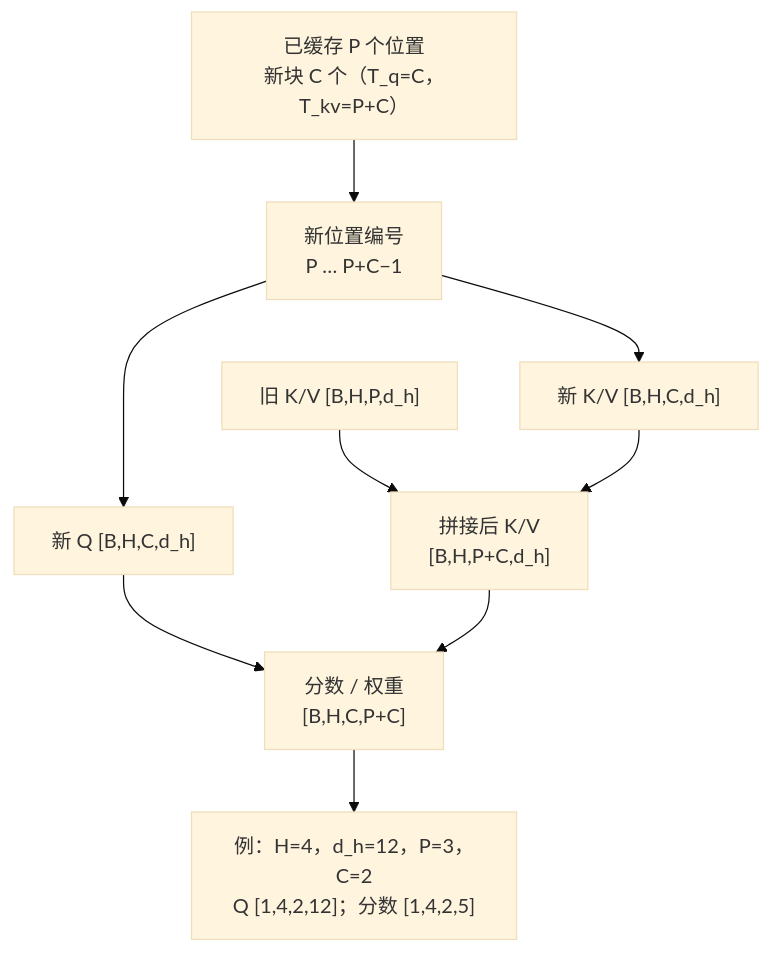
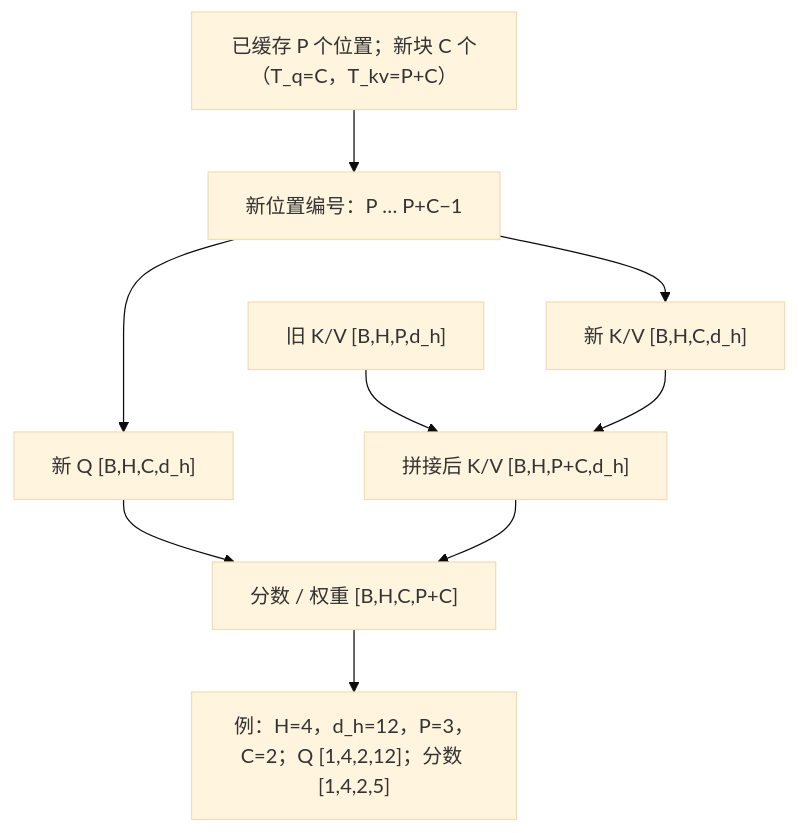
The second of 3 diagrams in chapters/08a_kv_cache.md (cluster1900/zero2llm), drawn with Mermaid (base theme) before and after one commit. The commit also changed other lines of this file and 29 other files, not shown here.

First line of the commit message:
D5 review fix: d_ff^SwiGLU / d_h labels; MLA/YaRN/length/stop diagram logic

````diff
--- a/chapters/08a_kv_cache.md
+++ b/chapters/08a_kv_cache.md
@@ -93,14 +99,14 @@
 ```mermaid
 flowchart TD
     %% id: p11-shapes-offset
     accTitle: 新块位置从 P 起编，拼完后分数是矩形而不是方阵
     accDescr: 已缓存 P 个、新块 C 个即 T_q=C、T_kv=P+C；新位置是 P…P+C−1，新 Q 为 [B,H,C,d_h]，旧 K/V 拼上新的得到 [B,H,P+C,d_h]，分数 [B,H,C,P+C]。例 H=4、d_h=12、P=3、C=2。
-    A["已缓存 P 个位置\n新块 C 个（T_q=C，T_kv=P+C）"] --> B["新位置编号\nP … P+C−1"]
+    A["已缓存 P 个位置；新块 C 个（T_q=C，T_kv=P+C）"] --> B["新位置编号：P … P+C−1"]
     B --> C1["新 Q [B,H,C,d_h]"]
     B --> C2["新 K/V [B,H,C,d_h]"]
-    D["旧 K/V [B,H,P,d_h]"] --> E["拼接后 K/V\n[B,H,P+C,d_h]"]
+    D["旧 K/V [B,H,P,d_h]"] --> E["拼接后 K/V [B,H,P+C,d_h]"]
     C2 --> E
-    C1 --> F["分数 / 权重\n[B,H,C,P+C]"]
+    C1 --> F["分数 / 权重 [B,H,C,P+C]"]
     E --> F
-    F --> G["例：H=4，d_h=12，P=3，C=2\nQ [1,4,2,12]；分数 [1,4,2,5]"]
+    F --> G["例：H=4，d_h=12，P=3，C=2；Q [1,4,2,12]；分数 [1,4,2,5]"]
 ```
````
